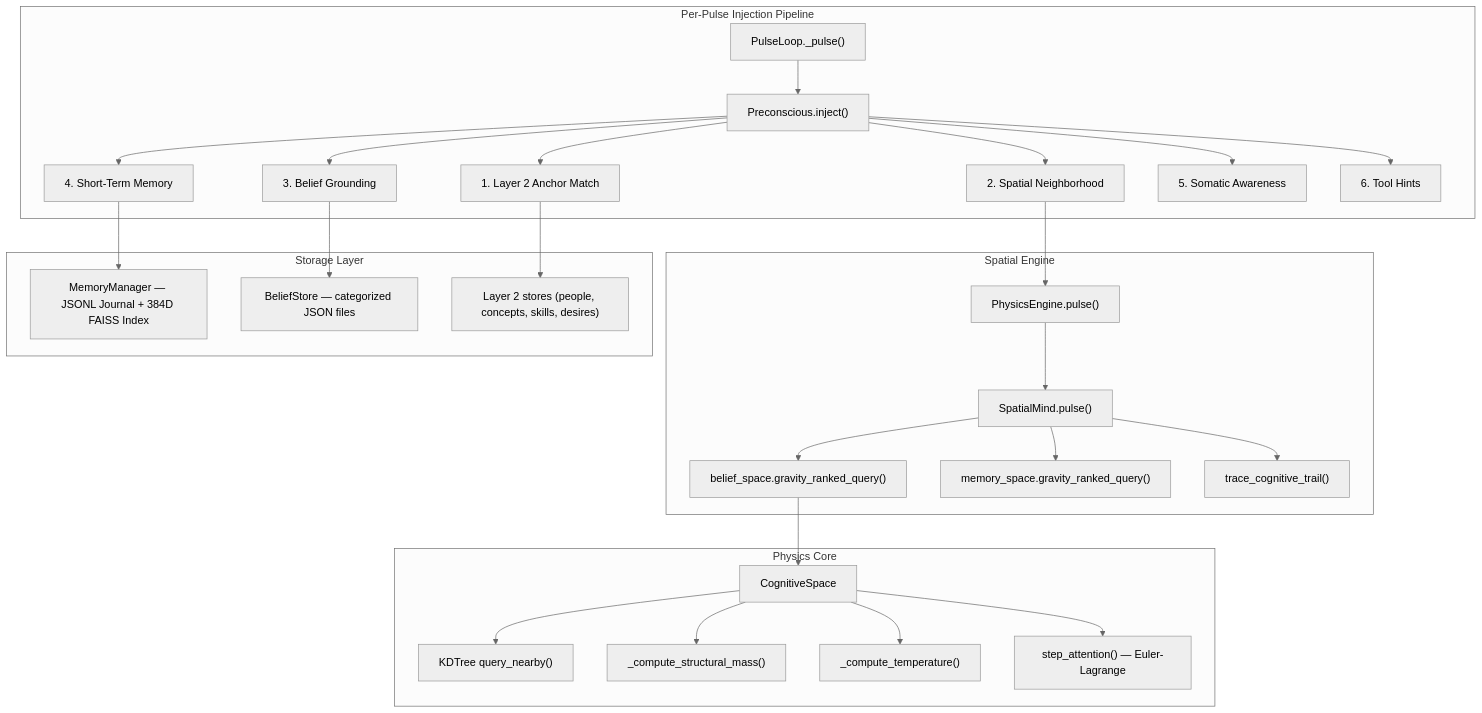
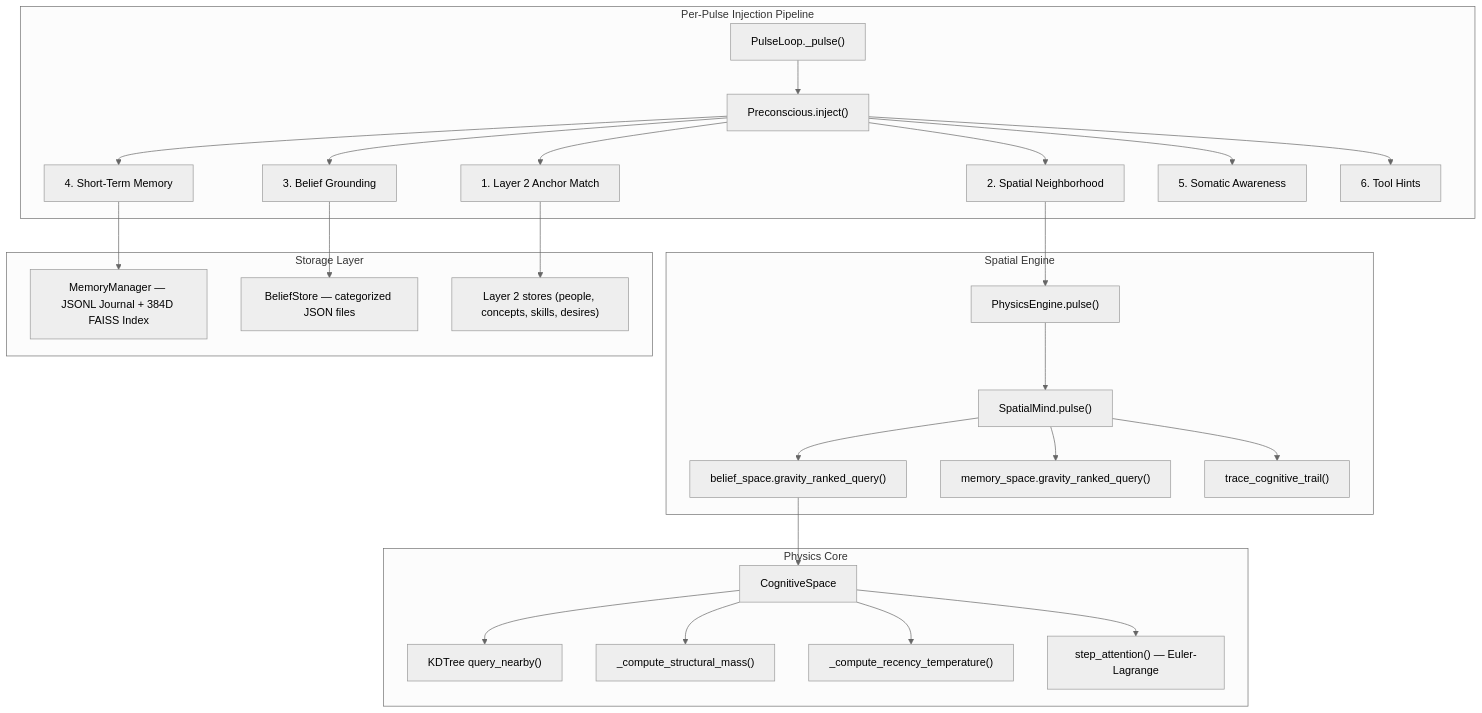
Before and after one commit to munch2u-a11y/Helix-AGI: the diagram in documents/preconscious_memory_audit.md, drawn with Mermaid (neutral theme). The commit also changed other lines of this file and 4 other files, not shown here.

````diff
--- a/documents/preconscious_memory_audit.md
+++ b/documents/preconscious_memory_audit.md
@@ -24,38 +24,38 @@
 ```mermaid
 graph TD
     subgraph "Per-Pulse Injection Pipeline"
         A["PulseLoop._pulse()"] --> B["Preconscious.inject()"]
         B --> C1["1. Layer 2 Anchor Match"]
         B --> C2["2. Spatial Neighborhood"]
         B --> C3["3. Belief Grounding"]
         B --> C4["4. Short-Term Memory"]
         B --> C5["5. Somatic Awareness"]
         B --> C6["6. Tool Hints"]
     end
 
     subgraph "Spatial Engine"
         C2 --> D["PhysicsEngine.pulse()"]
         D --> E["SpatialMind.pulse()"]
         E --> F1["belief_space.gravity_ranked_query()"]
         E --> F2["memory_space.gravity_ranked_query()"]
         E --> F3["trace_cognitive_trail()"]
     end
 
     subgraph "Physics Core"
         F1 --> G["CognitiveSpace"]
         G --> G1["KDTree query_nearby()"]
         G --> G2["_compute_structural_mass()"]
-        G --> G3["_compute_temperature()"]
+        G --> G3["_compute_recency_temperature()"]
         G --> G4["step_attention() — Euler-Lagrange"]
     end
 
     subgraph "Storage Layer"
         H1["MemoryManager — JSONL Journal + 384D FAISS Index"]
         H2["BeliefStore — categorized JSON files"]
         H3["Layer 2 stores (people, concepts, skills, desires)"]
     end
 
     C1 --> H3
     C3 --> H2
     C4 --> H1
 ```
````
